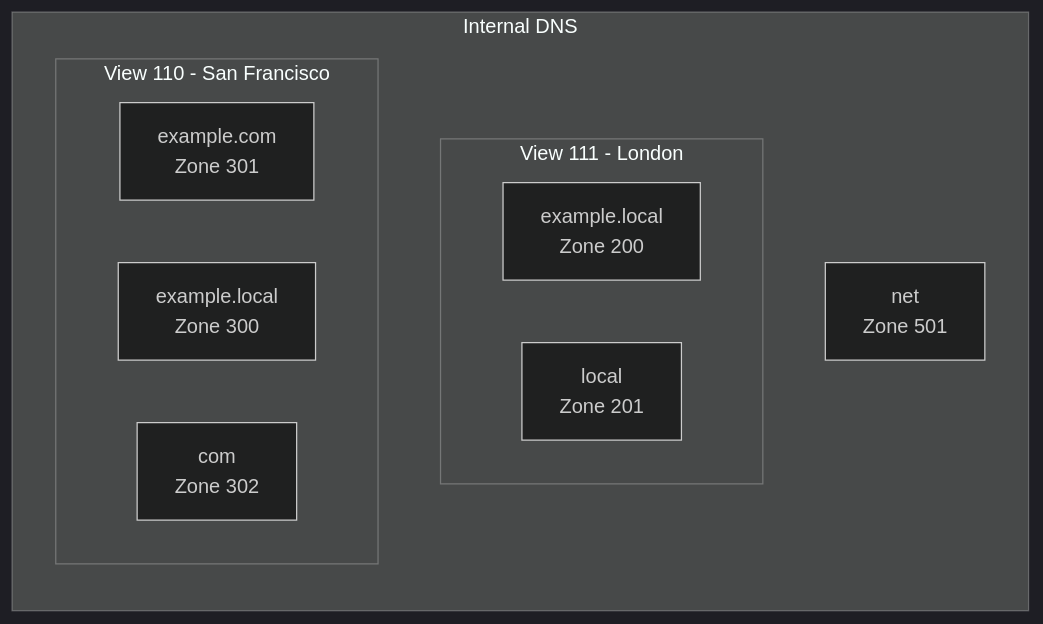
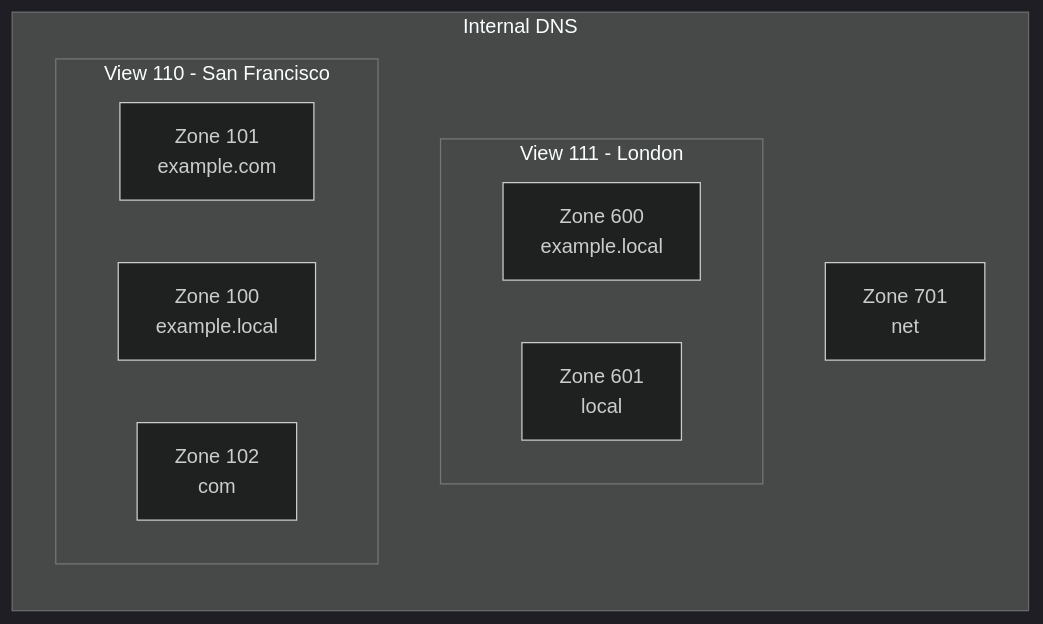
The second of 3 diagrams in src/content/docs/dns/internal-dns/index.mdx (deathbyknowledge/cloudflare-docs), drawn with Mermaid (dark theme) before and after one commit. The commit also changed other lines of this file, not shown here.

Commit message:
Improve zone labeling

````diff
--- a/src/content/docs/dns/internal-dns/index.mdx
+++ b/src/content/docs/dns/internal-dns/index.mdx
@@ -61,17 +61,17 @@
 ```mermaid
 flowchart LR
         accTitle: Internal DNS views and zones
         accDescr: Diagram exemplifying Internal DNS views and zones relationship
         subgraph Internal DNS
         subgraph View 111 - London
-        Y[example.local <br /> Zone 200]
-				Z[local <br /> Zone 201]
+        Y[Zone 600 <br /> example.local]
+				Z[Zone 601 <br /> local]
         end
         subgraph View 110 - San Francisco
-        X[example.com <br /> Zone 301]
-				B[example.local <br /> Zone 300]
-				S[com <br /> Zone 302]
+        X[Zone 101 <br /> example.com]
+				B[Zone 100 <br /> example.local]
+				S[Zone 102 <br /> com]
         end
-				W[net <br /> Zone 501]
+				W[Zone 701 <br /> net]
 				end
 ```
````
